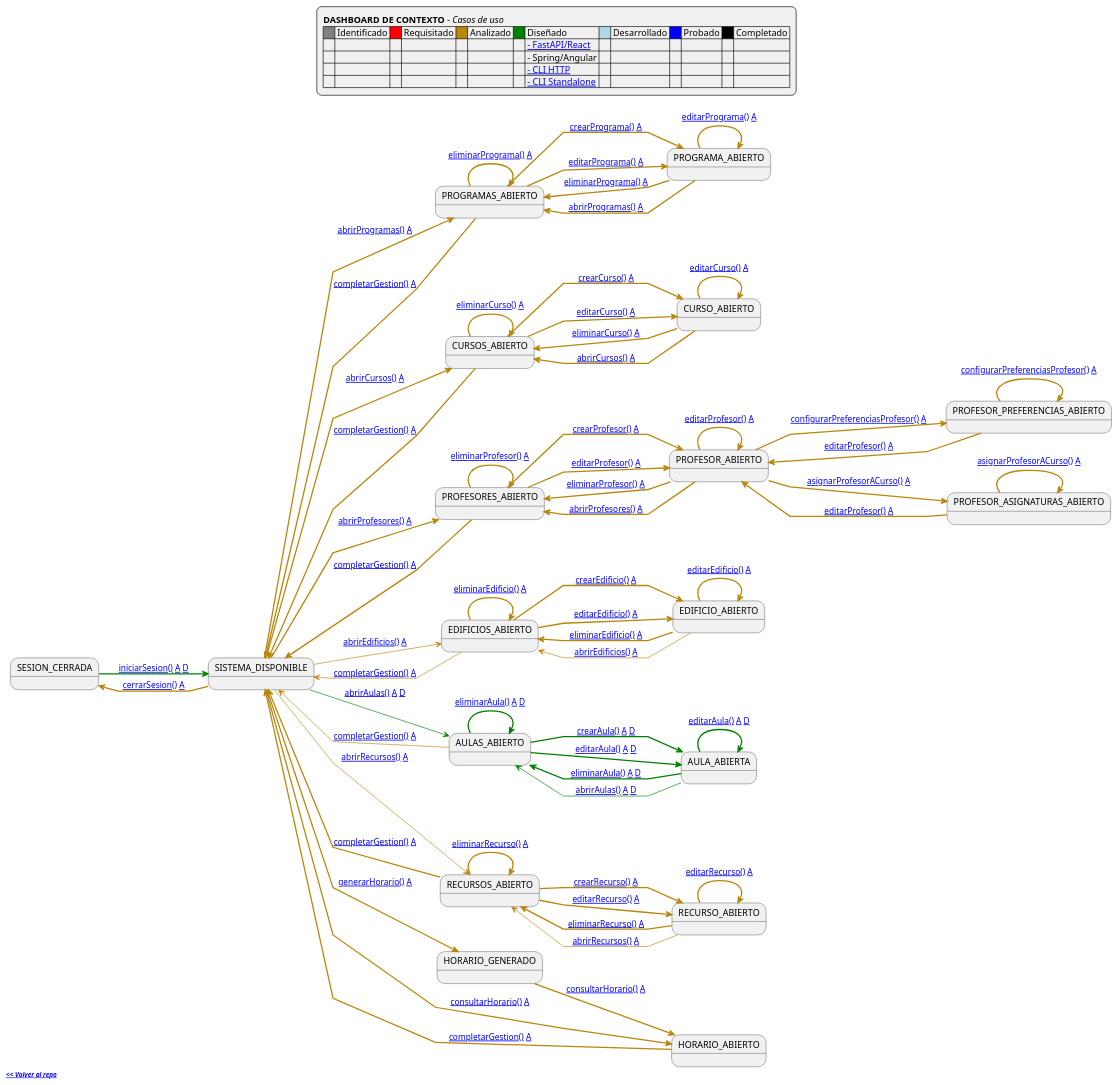
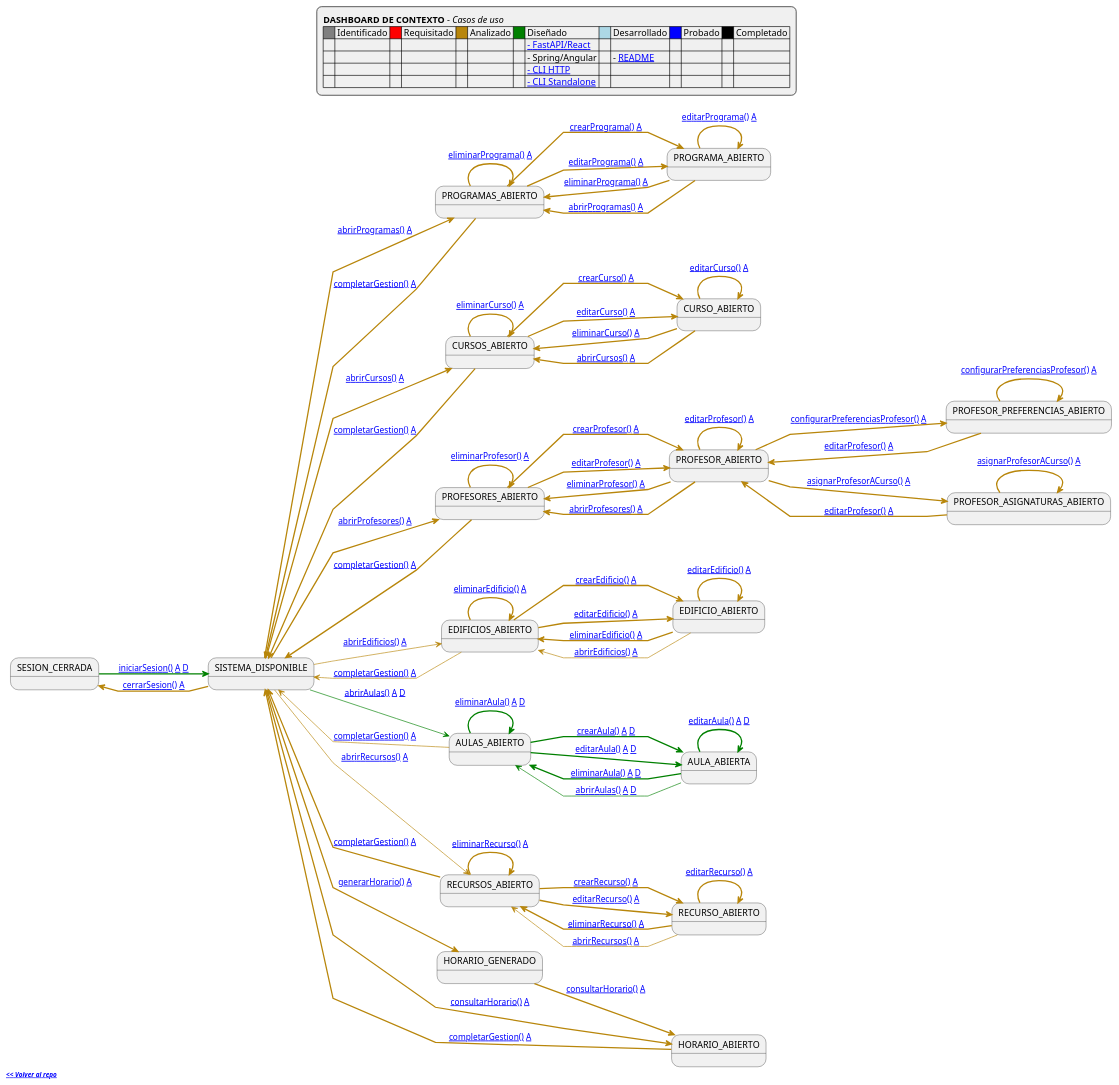
The diagram in RUP/99-seguimiento/diagrama-contexto-administrador.puml (mmasias/pySigHor), drawn with PlantUML before and after one commit. The commit also changed 2 other files, not shown here.

Commit message:
PreDesarrollo

```diff
--- a/RUP/99-seguimiento/diagrama-contexto-administrador.puml
+++ b/RUP/99-seguimiento/diagrama-contexto-administrador.puml
@@ -20,7 +20,7 @@
     '====
     |<#gray>     | Identificado |<#red>     | Requisitado |<#darkgoldenrod>     | Analizado |<#green>     | Diseñado |<#lightblue>     | Desarrollado |<#blue>     | Probado |<#black>     | Completado |
     | | | | | | | | [[https://raw.githubusercontent.com/mmasias/pySigHor/diseño-fastapi-react/images/RUP/99-seguimiento/diagrama-contexto-administrador.svg - FastAPI/React]] |
-    | | | | | | | | - Spring/Angular |
+    | | | | | | | | - Spring/Angular | | - [[https://github.com/mmasias/pySigHor/diseño-spring-angular/RUP/03-desarrollo/README.md README]]|
     | | | | | | | | [[https://raw.githubusercontent.com/mmasias/pySigHor/diseño-cli-python-http/images/RUP/99-seguimiento/diagrama-contexto-administrador.svg - CLI HTTP]] |
     | | | | | | | | [[https://raw.githubusercontent.com/mmasias/pySigHor/diseño-cli-python-standalone/images/RUP/99-seguimiento/diagrama-contexto-administrador.svg - CLI Standalone]] |
     '====
```
